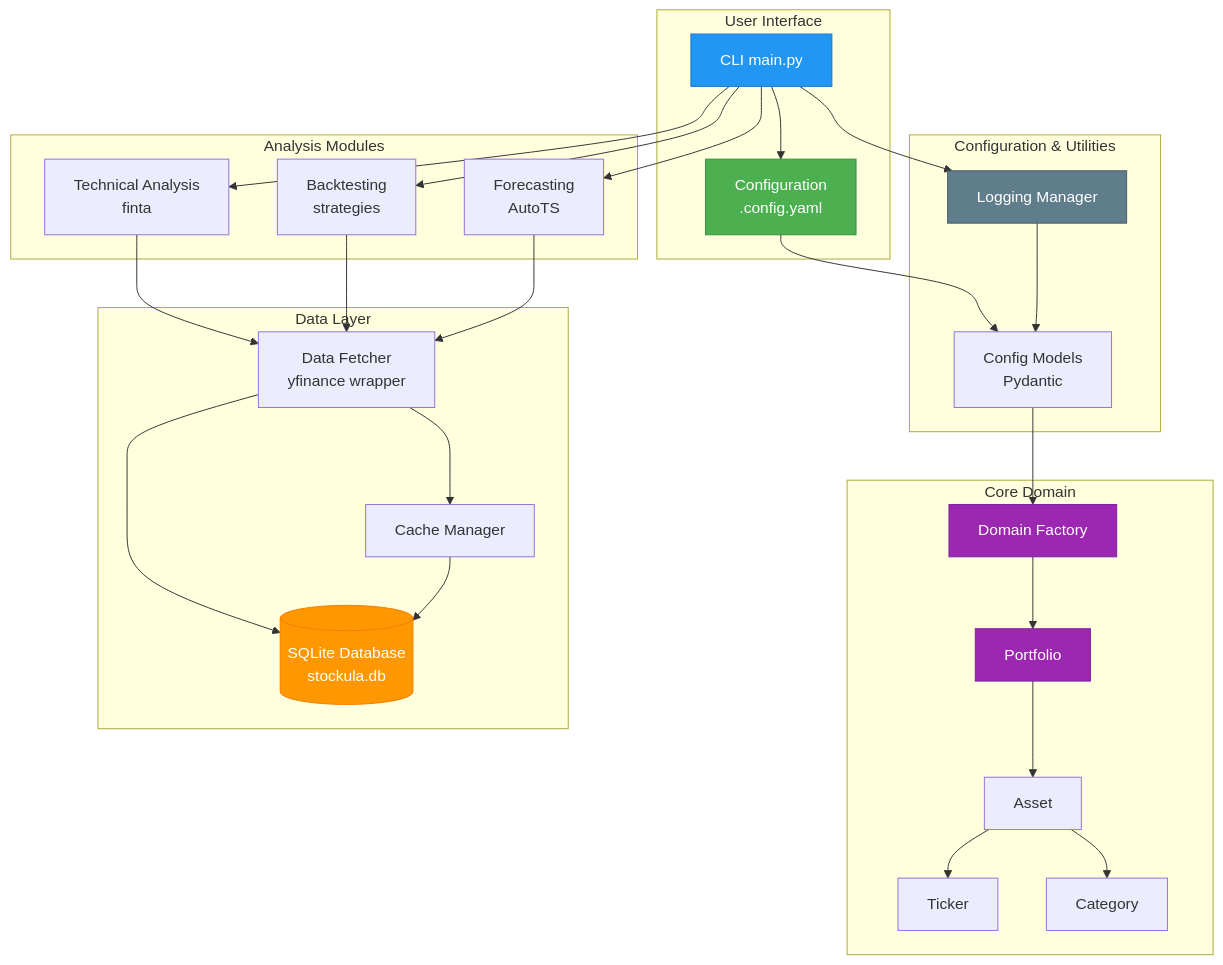
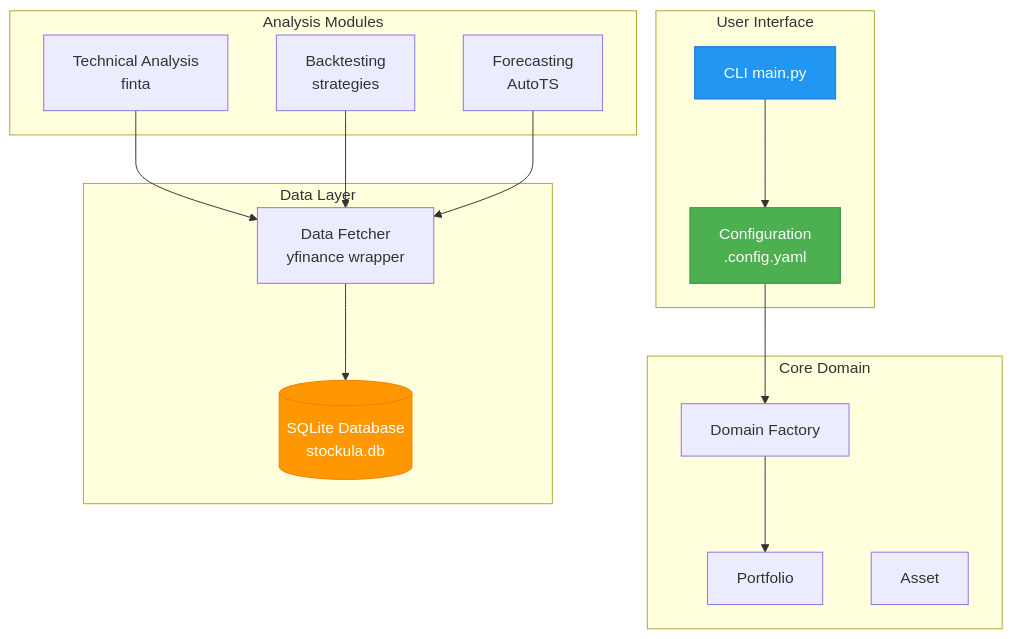
The diagram in README.md (mkm29/stockula), drawn with Mermaid before and after one commit. The commit also changed other lines of this file and 56 other files, not shown here.

````diff
--- a/README.md
+++ b/README.md
@@ -38,62 +140,36 @@
 ```mermaid
 graph TB
     subgraph "User Interface"
         CLI[CLI main.py]
         Config[Configuration<br/>.config.yaml]
     end
-    
+
     subgraph "Core Domain"
         Factory[Domain Factory]
         Portfolio[Portfolio]
         Asset[Asset]
-        Ticker[Ticker]
-        Category[Category]
     end
-    
+
     subgraph "Data Layer"
         Fetcher[Data Fetcher<br/>yfinance wrapper]
         DB[(SQLite Database<br/>stockula.db)]
-        Cache[Cache Manager]
     end
-    
+
     subgraph "Analysis Modules"
         TA[Technical Analysis<br/>finta]
         BT[Backtesting<br/>strategies]
         FC[Forecasting<br/>AutoTS]
     end
-    
-    subgraph "Configuration & Utilities"
-        Models[Config Models<br/>Pydantic]
-        LogManager[Logging Manager]
-    end
-    
+
     CLI --> Config
-    Config --> Models
-    Models --> Factory
+    Config --> Factory
     Factory --> Portfolio
-    Portfolio --> Asset
-    Asset --> Ticker
-    Asset --> Category
-    
-    CLI --> TA
-    CLI --> BT
-    CLI --> FC
-    
     TA --> Fetcher
     BT --> Fetcher
     FC --> Fetcher
-    
     Fetcher --> DB
-    Fetcher --> Cache
-    Cache --> DB
-    
-    CLI --> LogManager
-    LogManager --> Models
-    
+
     style CLI fill:#2196F3,stroke:#1976D2,color:#fff
     style Config fill:#4CAF50,stroke:#388E3C,color:#fff
     style DB fill:#FF9800,stroke:#F57C00,color:#fff
-    style Portfolio fill:#9C27B0,stroke:#7B1FA2,color:#fff
-    style Factory fill:#9C27B0,stroke:#7B1FA2,color:#fff
-    style LogManager fill:#607D8B,stroke:#455A64,color:#fff
 ```
````
